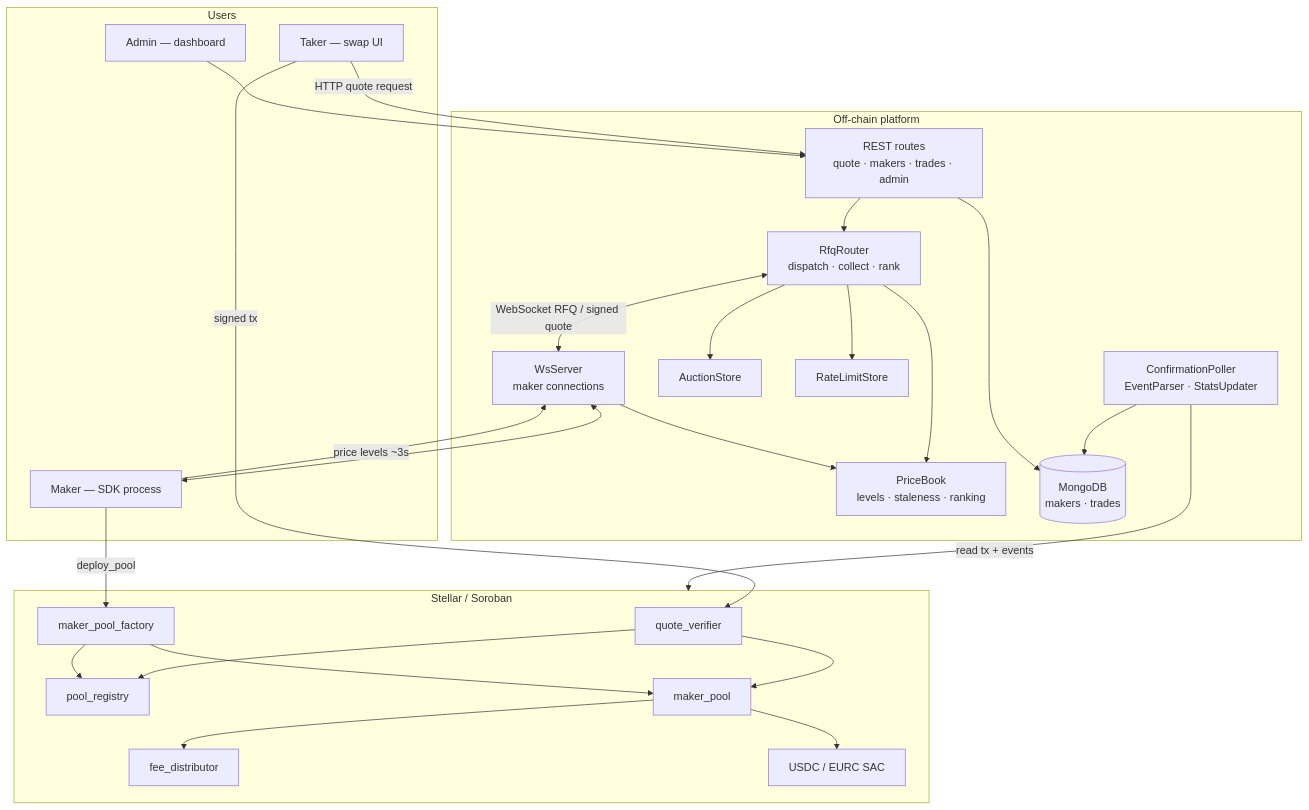
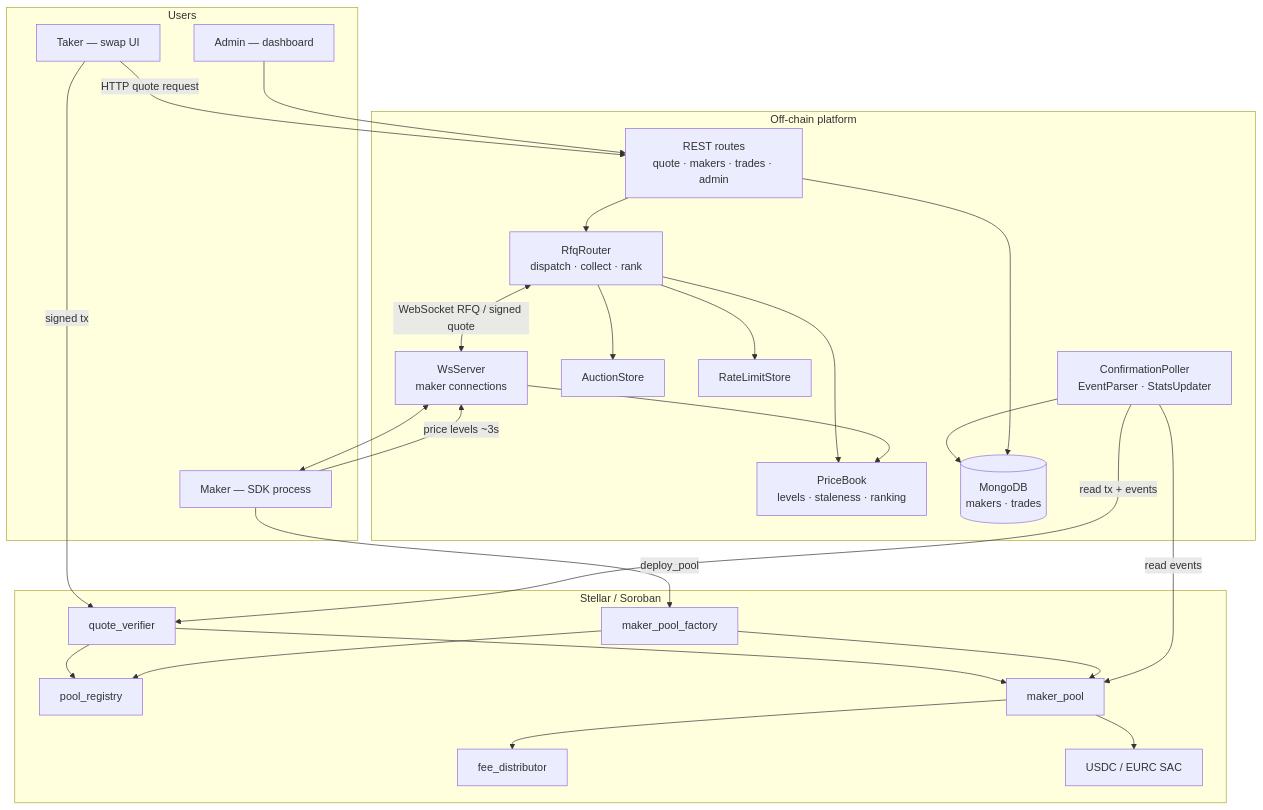
Before and after one commit to hyperdexnetwork/HyperDex: the second of 8 diagrams in docs/TECHNICAL_ARCHITECTURE.md, drawn with Mermaid. The commit also changed other lines of this file, not shown here.

Commit message:
Fix: mermaid layout error from edges terminating on subgraph IDs
Two flowchart edges pointed at a subgraph rather than a node:
"POLL -->|read tx + events| Chain" and "RPC --> ON". Mermaid parses
these but fails during layout when placing the edge label against a
cluster boundary, raising "Could not find a suitable point for the
given distance".

Repointed both at concrete nodes. The poller now shows the two
contracts EventParser actually reads (quote_verifier, maker_pool).

````diff
--- a/docs/TECHNICAL_ARCHITECTURE.md
+++ b/docs/TECHNICAL_ARCHITECTURE.md
@@ -118,50 +118,51 @@
 ```mermaid
 flowchart TB
     subgraph Users
         TK["Taker — swap UI"]
         MK["Maker — SDK process"]
         AD["Admin — dashboard"]
     end
 
     subgraph OffChain["Off-chain platform"]
         API["REST routes<br/>quote · makers · trades · admin"]
         WS["WsServer<br/>maker connections"]
         RFQ["RfqRouter<br/>dispatch · collect · rank"]
         PB["PriceBook<br/>levels · staleness · ranking"]
         AS["AuctionStore"]
         RL["RateLimitStore"]
         POLL["ConfirmationPoller<br/>EventParser · StatsUpdater"]
         DB[("MongoDB<br/>makers · trades")]
     end
 
     subgraph Chain["Stellar / Soroban"]
         QV["quote_verifier"]
         PR["pool_registry"]
         F["maker_pool_factory"]
         MP["maker_pool"]
         FD["fee_distributor"]
         SAC["USDC / EURC SAC"]
     end
 
     TK -->|"HTTP quote request"| API
     API --> RFQ
     RFQ --> PB
     RFQ --> AS
     RFQ --> RL
     RFQ <-->|"WebSocket RFQ / signed quote"| WS
     WS <--> MK
     MK -->|"price levels ~3s"| WS
     WS --> PB
     TK -->|"signed tx"| QV
     QV --> PR
     QV --> MP
     MP --> SAC
     MP --> FD
     MK -->|"deploy_pool"| F
     F --> PR
     F --> MP
     AD --> API
-    POLL -->|"read tx + events"| Chain
+    POLL -->|"read tx + events"| QV
+    POLL -->|"read events"| MP
     POLL --> DB
     API --> DB
 ```
````
